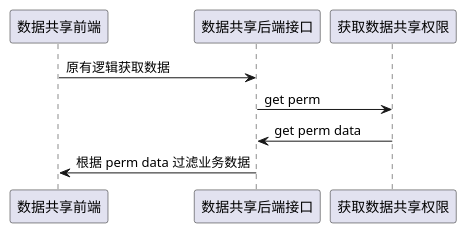
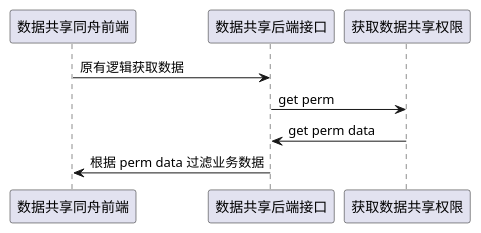
One commit to cmCAFEBABE/myProjects changed the diagram in my_study/src/main/resources/project/plant_uml/同舟公告栏/数据共享二期_权限控制流.puml. Above: the diagram before and after it, drawn with PlantUML. The commit also changed 28 other files, not shown here.

```diff
--- a/my_study/src/main/resources/project/plant_uml/同舟公告栏/数据共享二期_权限控制流.puml
+++ b/my_study/src/main/resources/project/plant_uml/同舟公告栏/数据共享二期_权限控制流.puml
@@ -1,6 +1,6 @@
 @startuml
-数据共享前端 -> 数据共享后端接口:原有逻辑获取数据
+数据共享同舟前端 -> 数据共享后端接口:原有逻辑获取数据
 数据共享后端接口 -> 获取数据共享权限: get perm
 获取数据共享权限 -> 数据共享后端接口: get perm data
-数据共享后端接口 -> 数据共享前端: 根据 perm data 过滤业务数据
+数据共享后端接口 -> 数据共享同舟前端: 根据 perm data 过滤业务数据
 @enduml
```
